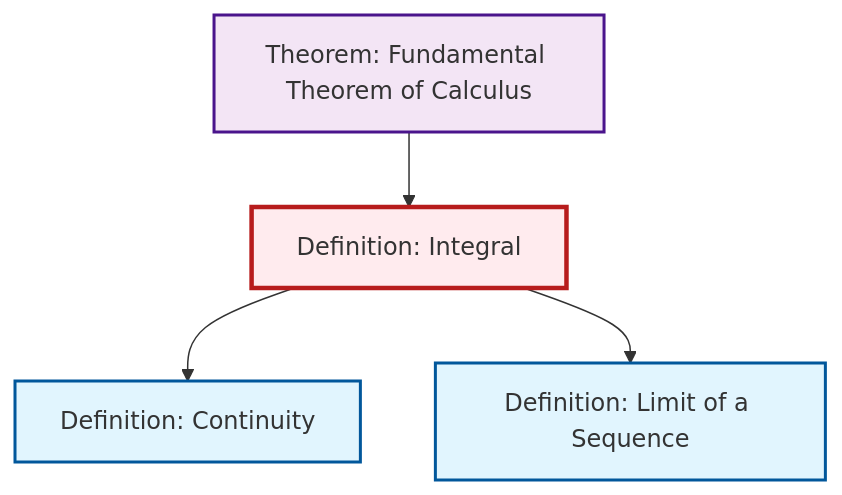
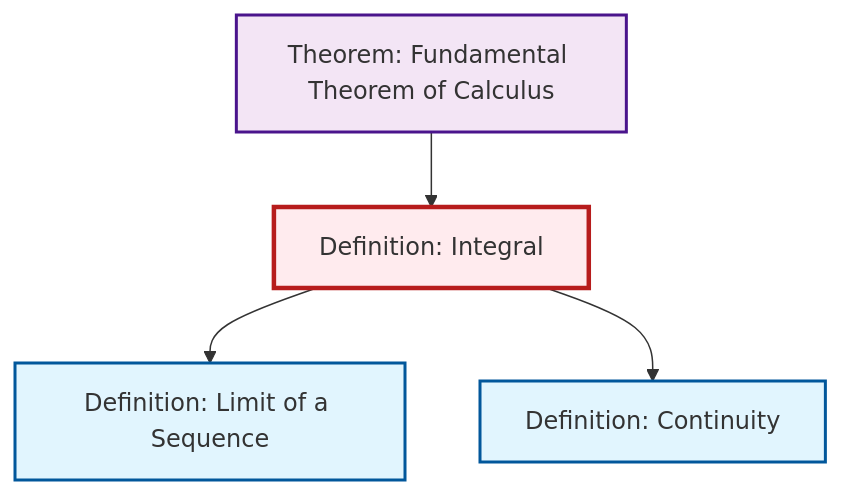
Before and after one commit to RK0429/ModernMath: the diagram in content/ja/analysis/def-integral.qmd, drawn with Mermaid. The commit also changed other lines of this file and 581 other files, not shown here.

First line of the commit message:
feat: Add epimorphism definition and complete integral domain translations

````diff
--- a/content/ja/analysis/def-integral.qmd
+++ b/content/ja/analysis/def-integral.qmd
@@ -82,20 +82,20 @@
 ```{mermaid}
 %%| fig-cap: "Local dependency graph"
 graph TD
     classDef definition fill:#e1f5fe,stroke:#01579b,stroke-width:2px
     classDef theorem fill:#f3e5f5,stroke:#4a148c,stroke-width:2px
     classDef axiom fill:#fff3e0,stroke:#e65100,stroke-width:2px
     classDef example fill:#e8f5e9,stroke:#1b5e20,stroke-width:2px
     classDef current fill:#ffebee,stroke:#b71c1c,stroke-width:3px
+    thm-fundamental-calculus["Theorem: Fundamental Theorem of Calculus"]:::theorem
     def-limit["Definition: Limit of a Sequence"]:::definition
+    def-integral["Definition: Integral"]:::definition
     def-continuity["Definition: Continuity"]:::definition
-    thm-fundamental-calculus["Theorem: Fundamental Theorem of Calculus"]:::theorem
-    def-integral["Definition: Integral"]:::definition
+    def-integral --> def-limit
     def-integral --> def-continuity
-    def-integral --> def-limit
     thm-fundamental-calculus --> def-integral
     class def-integral current
+    click thm-fundamental-calculus "thm-fundamental-calculus.html" "Theorem: Fundamental Theorem of Calculusへ"
     click def-limit "def-limit.html" "Definition: Limit of a Sequenceへ"
     click def-continuity "def-continuity.html" "Definition: Continuityへ"
-    click thm-fundamental-calculus "thm-fundamental-calculus.html" "Theorem: Fundamental Theorem of Calculusへ"
 ```
````
